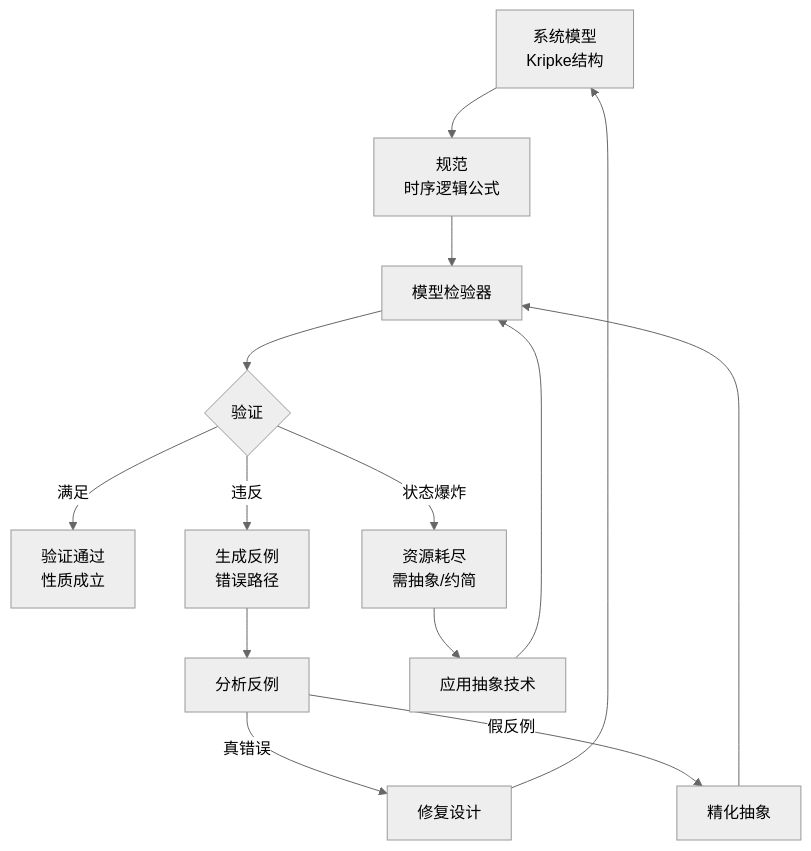
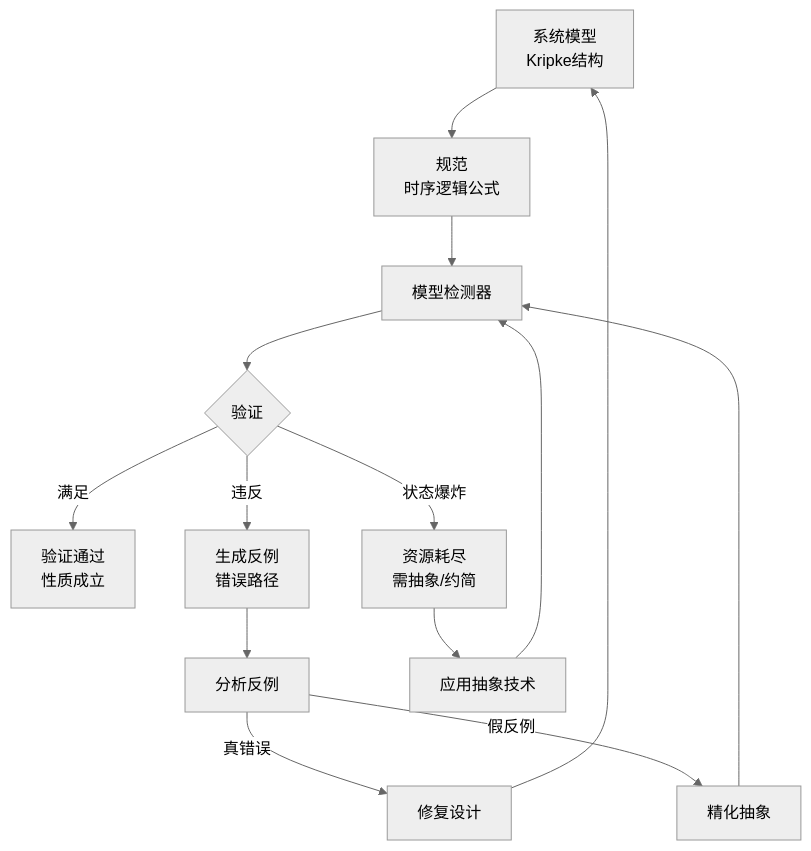
Before and after one commit to AdaMartin18010/AnalysisDataFlow: the first of 3 diagrams in formal-methods/03-model-taxonomy/05-verification-methods/02-model-checking.md, drawn with Mermaid (neutral theme). The commit also changed other lines of this file and 129 other files, not shown here.

````diff
--- a/formal-methods/03-model-taxonomy/05-verification-methods/02-model-checking.md
+++ b/formal-methods/03-model-taxonomy/05-verification-methods/02-model-checking.md
@@ -338,20 +338,20 @@
 ```mermaid
 flowchart TD
     A[系统模型<br/>Kripke结构] --> B[规范<br/>时序逻辑公式]
-    B --> C[模型检验器]
+    B --> C[模型检测器]
 
     C --> D{验证}
     D -->|满足| E[验证通过<br/>性质成立]
     D -->|违反| F[生成反例<br/>错误路径]
     D -->|状态爆炸| G[资源耗尽<br/>需抽象/约简]
 
     F --> H[分析反例]
     H -->|真错误| I[修复设计]
     H -->|假反例| J[精化抽象]
 
     G --> K[应用抽象技术]
     K --> C
 
     J --> C
     I --> A
 ```
````
